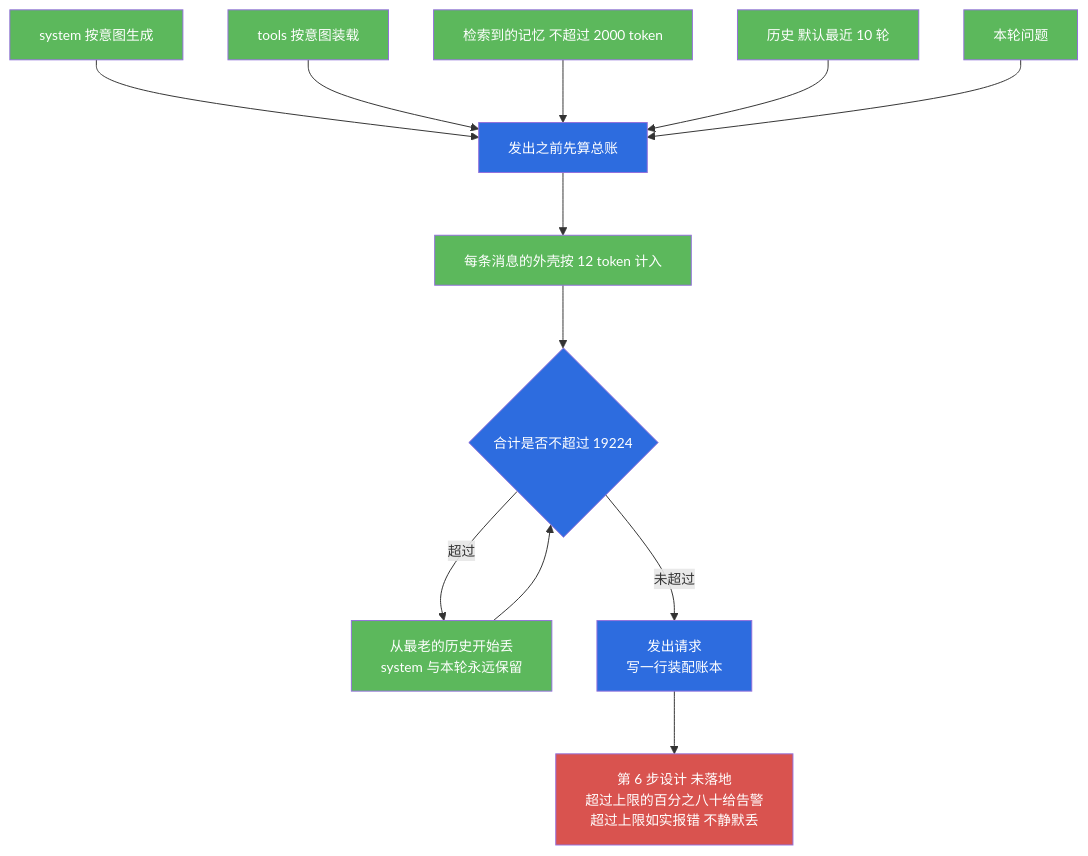
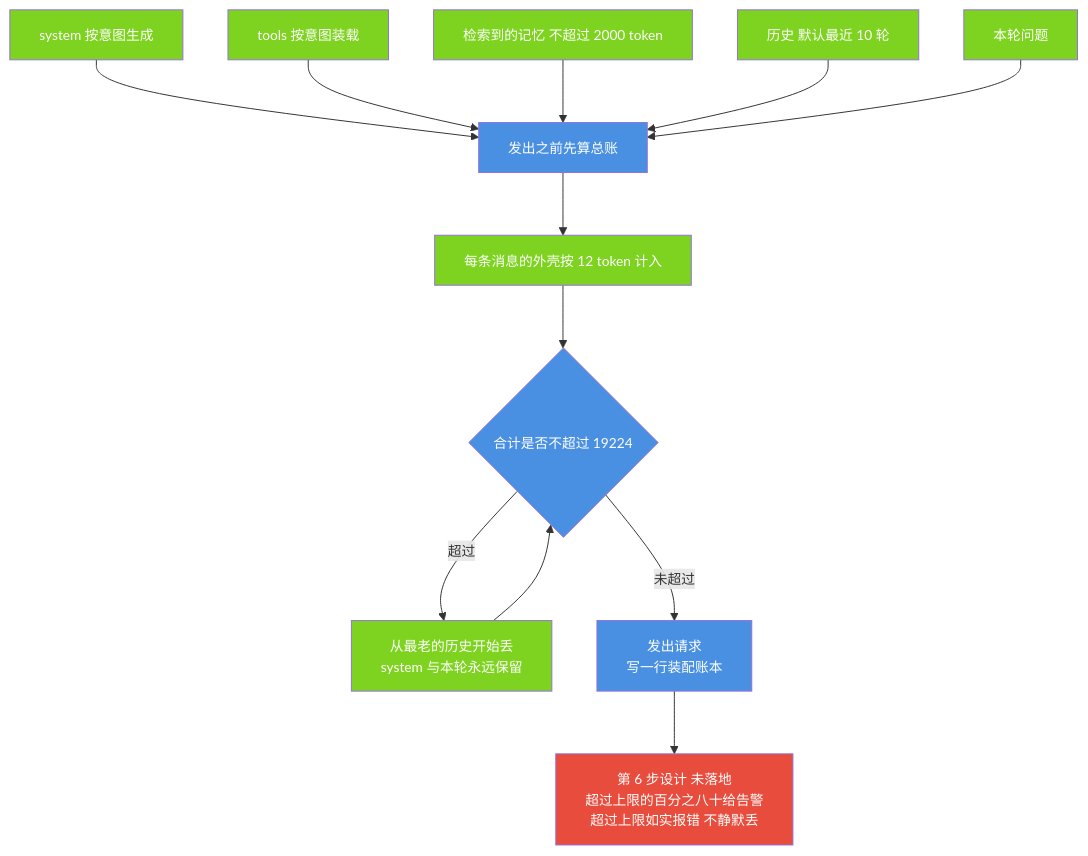
The eighth of 8 diagrams in docs/modules/02-six-infinity.md (jiangchuangege/xiaojiao-harnees), drawn with Mermaid before and after one commit. The commit also changed other lines of this file and 32 other files, not shown here.

Commit message:
统一：全仓原理图配色到一套调色板 + 给 12 张灰图补色 + 修正自己会睡那张过期图

````diff
--- a/docs/modules/02-six-infinity.md
+++ b/docs/modules/02-six-infinity.md
@@ -694,26 +694,26 @@
 ```mermaid
 %%{init: {"themeVariables": {"fontSize": "14px"}, "flowchart": {"htmlLabels": true, "wrappingWidth": 340, "nodeSpacing": 46, "rankSpacing": 64, "useMaxWidth": true}}}%%
 flowchart TB
     S["system 按意图生成"] --> B["发出之前先算总账"]
     T["tools 按意图装载"] --> B
     R["检索到的记忆 不超过 2000 token"] --> B
     H["历史 默认最近 10 轮"] --> B
     Q["本轮问题"] --> B
     B --> OV["每条消息的外壳按 12 token 计入"]
     OV --> C{"合计是否不超过 19224"}
     C -->|超过| D["从最老的历史开始丢<br/>system 与本轮永远保留"]
     D --> C
     C -->|未超过| E["发出请求<br/>写一行装配账本"]
     E --> P6["第 6 步设计 未落地<br/>超过上限的百分之八十给告警<br/>超过上限如实报错 不静默丢"]
-    style B fill:#2d6cdf,color:#fff
-    style C fill:#2d6cdf,color:#fff
-    style E fill:#2d6cdf,color:#fff
-    style S fill:#5cb85c,color:#fff
-    style T fill:#5cb85c,color:#fff
-    style R fill:#5cb85c,color:#fff
-    style H fill:#5cb85c,color:#fff
-    style Q fill:#5cb85c,color:#fff
-    style OV fill:#5cb85c,color:#fff
-    style D fill:#5cb85c,color:#fff
-    style P6 fill:#d9534f,color:#fff
+    style B fill:#4A90E2,color:#fff
+    style C fill:#4A90E2,color:#fff
+    style E fill:#4A90E2,color:#fff
+    style S fill:#7ED321,color:#fff
+    style T fill:#7ED321,color:#fff
+    style R fill:#7ED321,color:#fff
+    style H fill:#7ED321,color:#fff
+    style Q fill:#7ED321,color:#fff
+    style OV fill:#7ED321,color:#fff
+    style D fill:#7ED321,color:#fff
+    style P6 fill:#E74C3C,color:#fff
 ```
````
